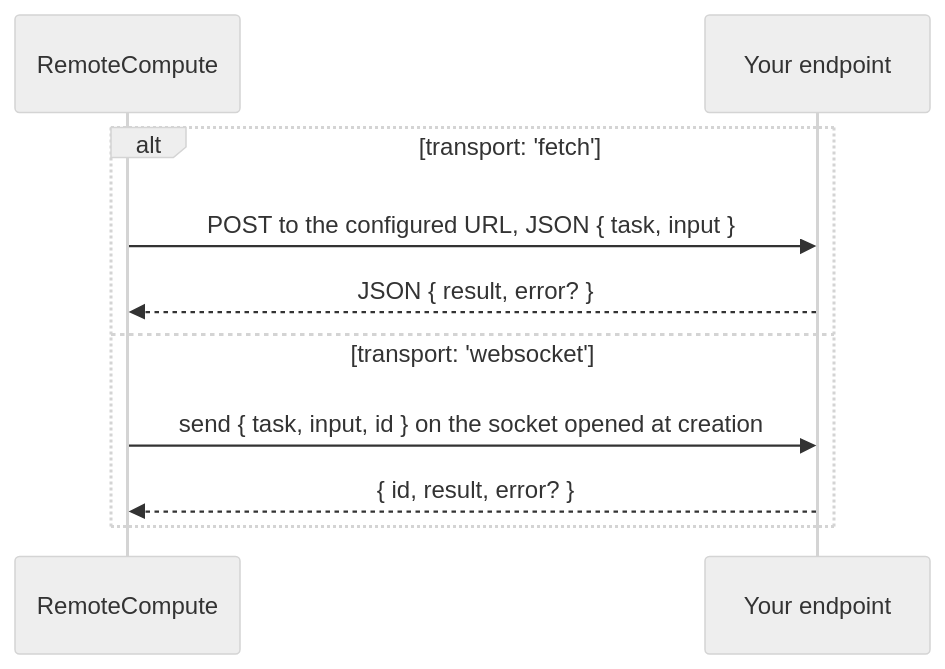
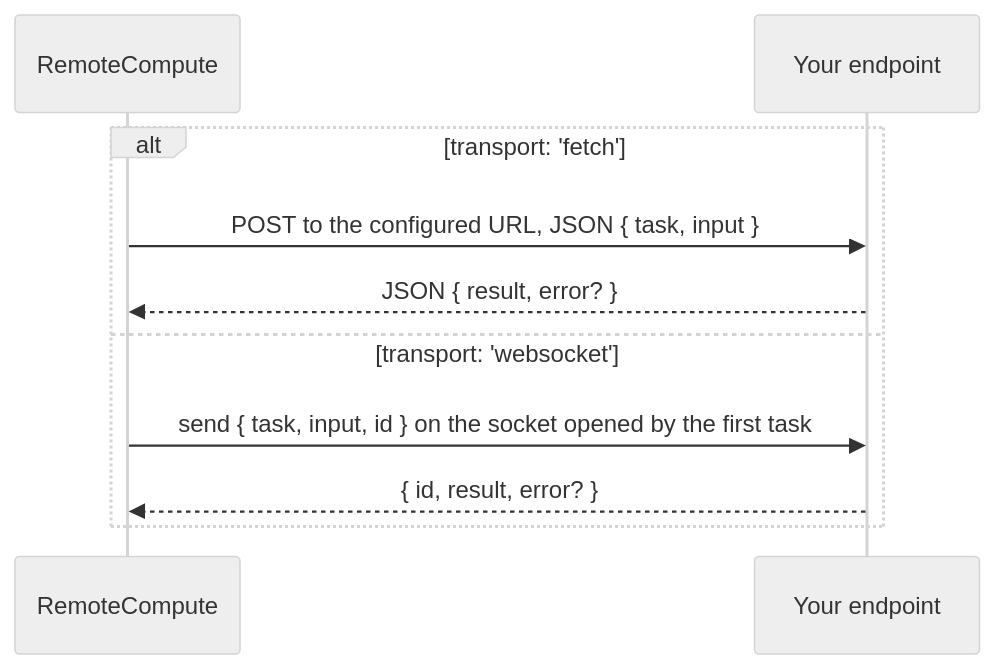
One commit to phun-ky/hybrid-compute changed the fourth of 4 diagrams in README.md. Above: the diagram before and after it, drawn with Mermaid (neutral theme). The commit also changed other lines of this file and 10 other files, not shown here.

````diff
--- a/README.md
+++ b/README.md
@@ -438,13 +442,13 @@
 ```mermaid
 sequenceDiagram
   participant RC as RemoteCompute
   participant E as Your endpoint
 
   alt transport: 'fetch'
     RC->>E: POST to the configured URL, JSON { task, input }
     E-->>RC: JSON { result, error? }
   else transport: 'websocket'
-    RC->>E: send { task, input, id } on the socket opened at creation
+    RC->>E: send { task, input, id } on the socket opened by the first task
     E-->>RC: { id, result, error? }
   end
 ```
````
